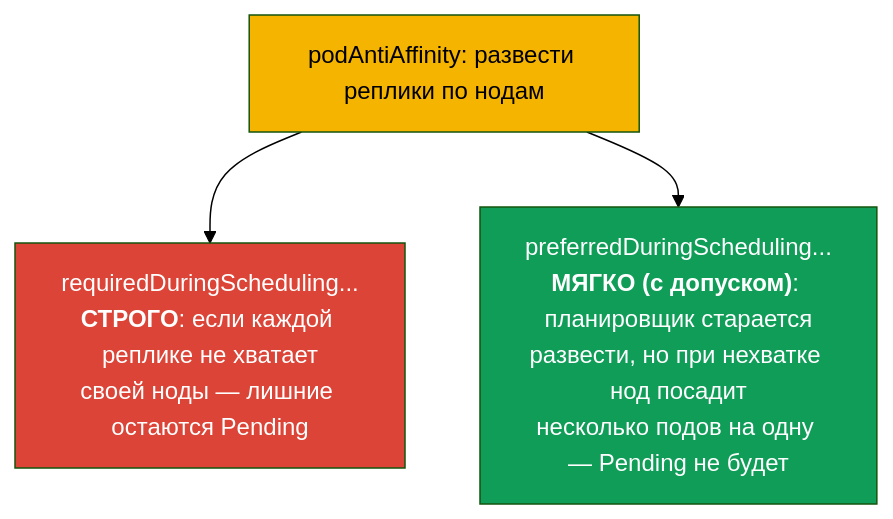
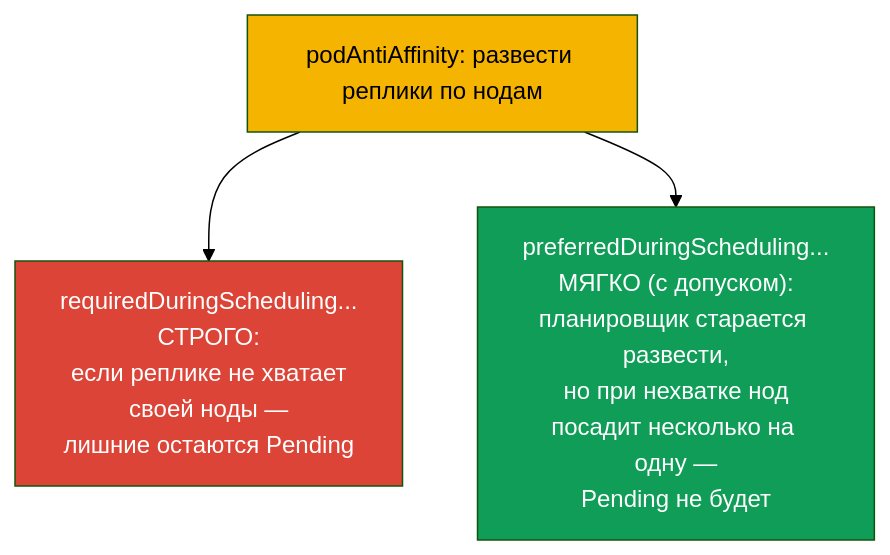
One commit to ViktorUJ/cks changed the sixth of 8 diagrams in tasks/cka/course/12/ru.md. Above: the diagram before and after it, drawn with Mermaid (forest theme). The commit also changed other lines of this file, not shown here.

````diff
--- a/tasks/cka/course/12/ru.md
+++ b/tasks/cka/course/12/ru.md
@@ -189,9 +189,9 @@
 ```mermaid
 flowchart TB
     q["podAntiAffinity: развести реплики по нодам"]
-    q --> req["requiredDuringScheduling...<br><b>СТРОГО</b>: если каждой реплике не хватает<br>своей ноды — лишние остаются Pending"]
-    q --> pref["preferredDuringScheduling...<br><b>МЯГКО (с допуском)</b>: планировщик старается<br>развести, но при нехватке нод посадит<br>несколько подов на одну — Pending не будет"]
+    q --> req["requiredDuringScheduling...<br>СТРОГО:<br>если реплике не хватает<br>своей ноды —<br>лишние остаются Pending"]
+    q --> pref["preferredDuringScheduling...<br>МЯГКО (с допуском):<br>планировщик старается развести,<br>но при нехватке нод<br>посадит несколько на одну —<br>Pending не будет"]
     style q fill:#f4b400,color:#000
     style req fill:#db4437,color:#fff
     style pref fill:#0f9d58,color:#fff
 ```
````
